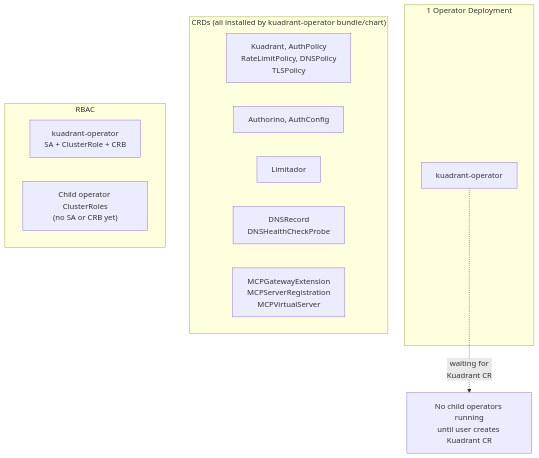
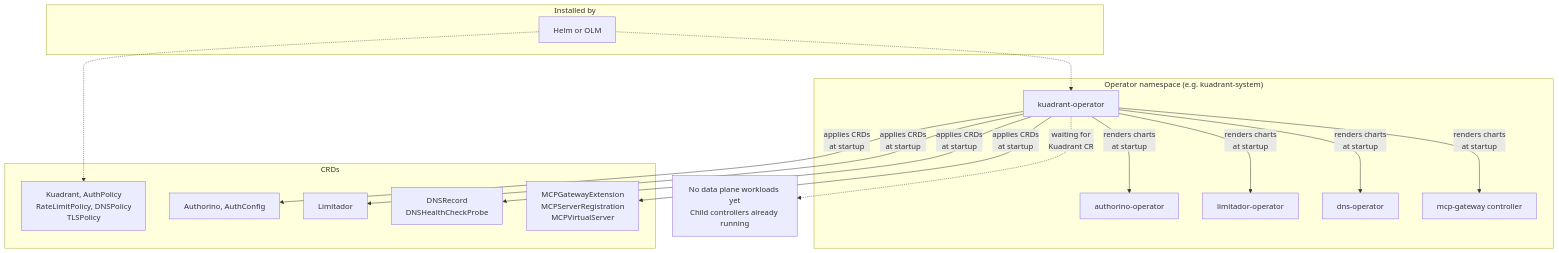
Before and after one commit to Kuadrant/architecture: the third of 6 diagrams in rfcs/0019-olmv1-operator-consolidation/architecture-diagrams.md, drawn with Mermaid. The commit also changed other lines of this file and 1 other file, not shown here.

First line of the commit message:
docs: rewrite RFC for runtime chart rendering approach

````diff
--- a/rfcs/0019-olmv1-operator-consolidation/architecture-diagrams.md
+++ b/rfcs/0019-olmv1-operator-consolidation/architecture-diagrams.md
@@ -76,21 +59,33 @@
 ```mermaid
 graph TB
-    subgraph operator["1 Operator Deployment"]
+    subgraph operator-ns["Operator namespace (e.g. kuadrant-system)"]
         KOP["kuadrant-operator"]
+        AO["authorino-operator"]
+        LO["limitador-operator"]
+        DO["dns-operator"]
+        MG["mcp-gateway controller"]
     end
 
-    subgraph crds["CRDs (all installed by kuadrant-operator bundle/chart)"]
+    subgraph crds["CRDs"]
         K_CRD["Kuadrant, AuthPolicy<br/>RateLimitPolicy, DNSPolicy<br/>TLSPolicy"]
         A_CRD["Authorino, AuthConfig"]
         L_CRD["Limitador"]
         D_CRD["DNSRecord<br/>DNSHealthCheckProbe"]
         M_CRD["MCPGatewayExtension<br/>MCPServerRegistration<br/>MCPVirtualServer"]
     end
 
-    subgraph rbac["RBAC"]
-        K_RBAC["kuadrant-operator<br/>SA + ClusterRole + CRB"]
-        CHILD_CR["Child operator ClusterRoles<br/>(no SA or CRB yet)"]
+    subgraph installed-by["Installed by"]
+        INSTALLER["Helm or OLM"] -.-> K_CRD
+        INSTALLER -.-> KOP
+        KOP -->|"renders charts<br/>at startup"| AO
+        KOP -->|"renders charts<br/>at startup"| LO
+        KOP -->|"renders charts<br/>at startup"| DO
+        KOP -->|"renders charts<br/>at startup"| MG
+        KOP -->|"applies CRDs<br/>at startup"| A_CRD
+        KOP -->|"applies CRDs<br/>at startup"| L_CRD
+        KOP -->|"applies CRDs<br/>at startup"| D_CRD
+        KOP -->|"applies CRDs<br/>at startup"| M_CRD
     end
 
-    KOP -.->|"waiting for<br/>Kuadrant CR"| IDLE["No child operators running<br/>until user creates Kuadrant CR"]
+    KOP -.->|"waiting for<br/>Kuadrant CR"| IDLE["No data plane workloads yet<br/>Child controllers already running"]
 ```
````
